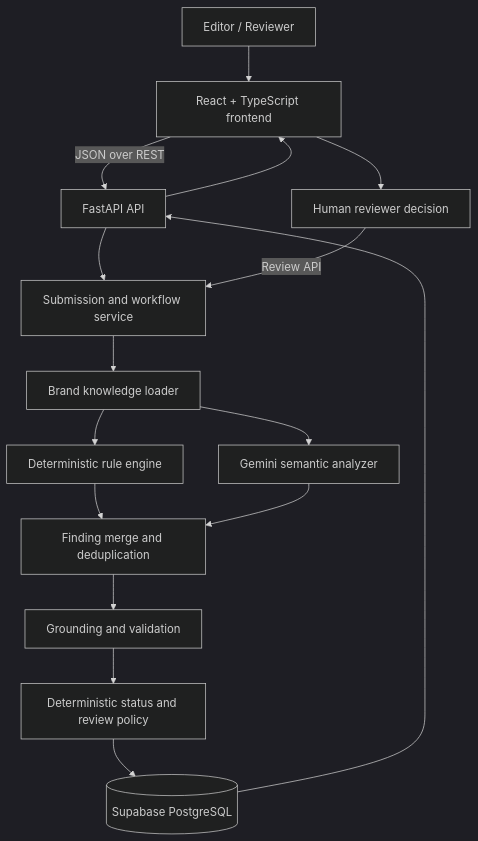
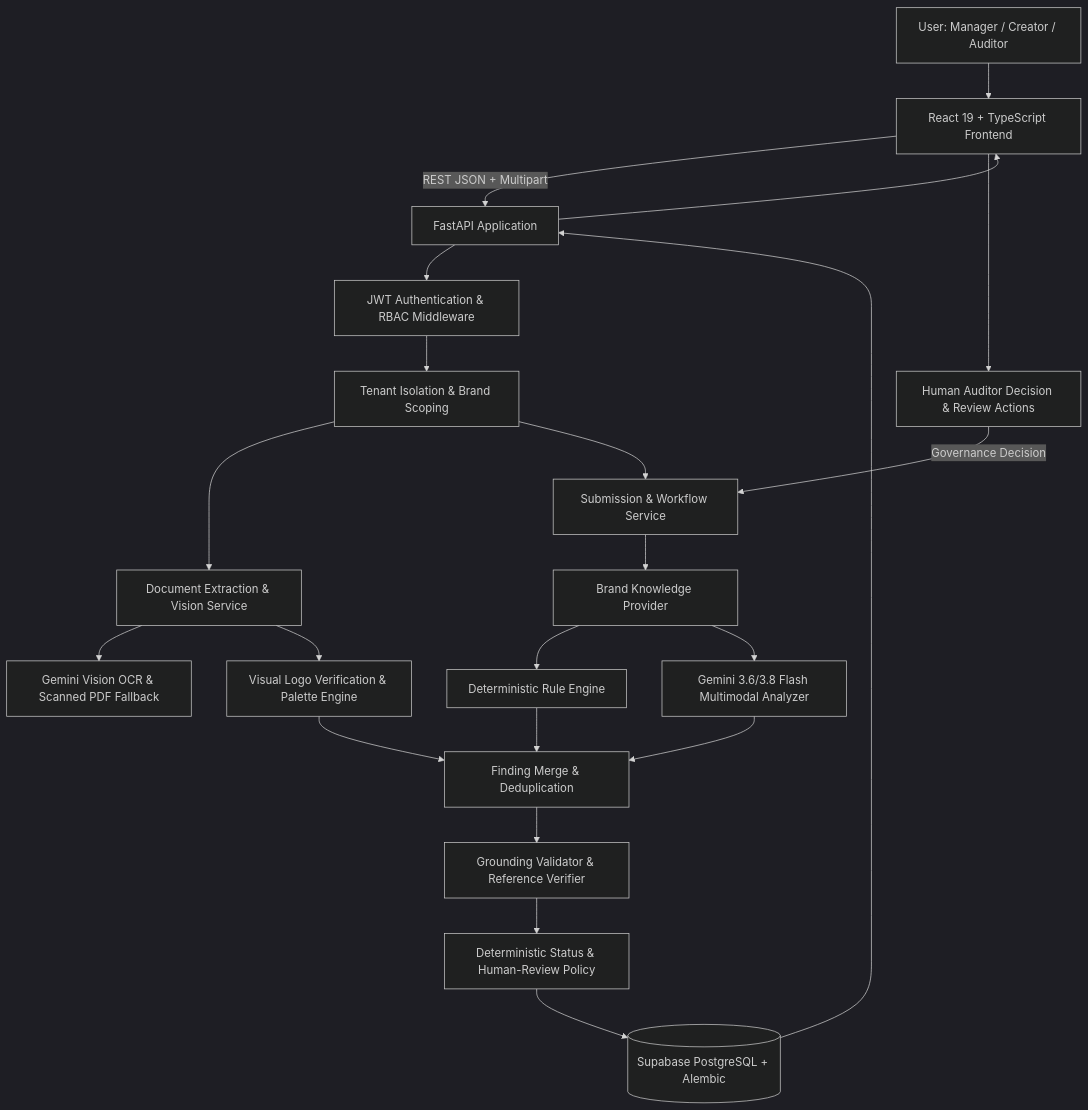
Before and after one commit to shatakshi-rawat-130613/inkloom-ai: the diagram in README.md, drawn with Mermaid (dark theme). The commit also changed other lines of this file and 2 other files, not shown here.

Commit message:
docs(round3): update master README and generate official Round 3 documentation PDF

````diff
--- a/README.md
+++ b/README.md
@@ -42,18 +49,24 @@
 ```mermaid
 flowchart TD
-    U[Editor / Reviewer] --> FE[React + TypeScript frontend]
-    FE -->|JSON over REST| API[FastAPI API]
-    API --> SS[Submission and workflow service]
-    SS --> KB[Brand knowledge loader]
-    KB --> RE[Deterministic rule engine]
-    KB --> AI[Gemini semantic analyzer]
-    RE --> MERGE[Finding merge and deduplication]
+    U[User: Manager / Creator / Auditor] --> FE[React 19 + TypeScript Frontend]
+    FE -->|REST JSON + Multipart| API[FastAPI Application]
+    API --> AUTH[JWT Authentication & RBAC Middleware]
+    AUTH --> TENANT[Tenant Isolation & Brand Scoping]
+    TENANT --> DOC[Document Extraction & Vision Service]
+    DOC --> OCR[Gemini Vision OCR & Scanned PDF Fallback]
+    DOC --> LOGO[Visual Logo Verification & Palette Engine]
+    TENANT --> SS[Submission & Workflow Service]
+    SS --> KB[Brand Knowledge Provider]
+    KB --> RE[Deterministic Rule Engine]
+    KB --> AI[Gemini 3.6/3.8 Flash Multimodal Analyzer]
+    RE --> MERGE[Finding Merge & Deduplication]
     AI --> MERGE
-    MERGE --> GV[Grounding and validation]
-    GV --> STATUS[Deterministic status and review policy]
-    STATUS --> DB[(Supabase PostgreSQL)]
+    LOGO --> MERGE
+    MERGE --> GV[Grounding Validator & Reference Verifier]
+    GV --> STATUS[Deterministic Status & Human-Review Policy]
+    STATUS --> DB[(Supabase PostgreSQL + Alembic)]
     DB --> API
     API --> FE
-    FE --> HR[Human reviewer decision]
-    HR -->|Review API| SS
+    FE --> HR[Human Auditor Decision & Review Actions]
+    HR -->|Governance Decision| SS
 ```
````
